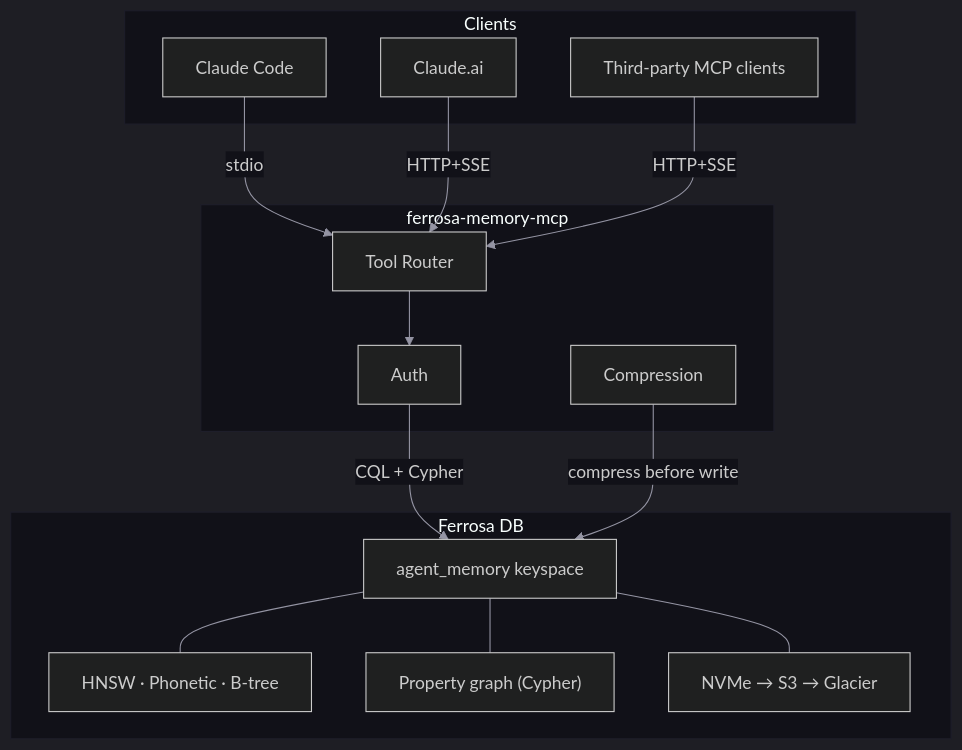
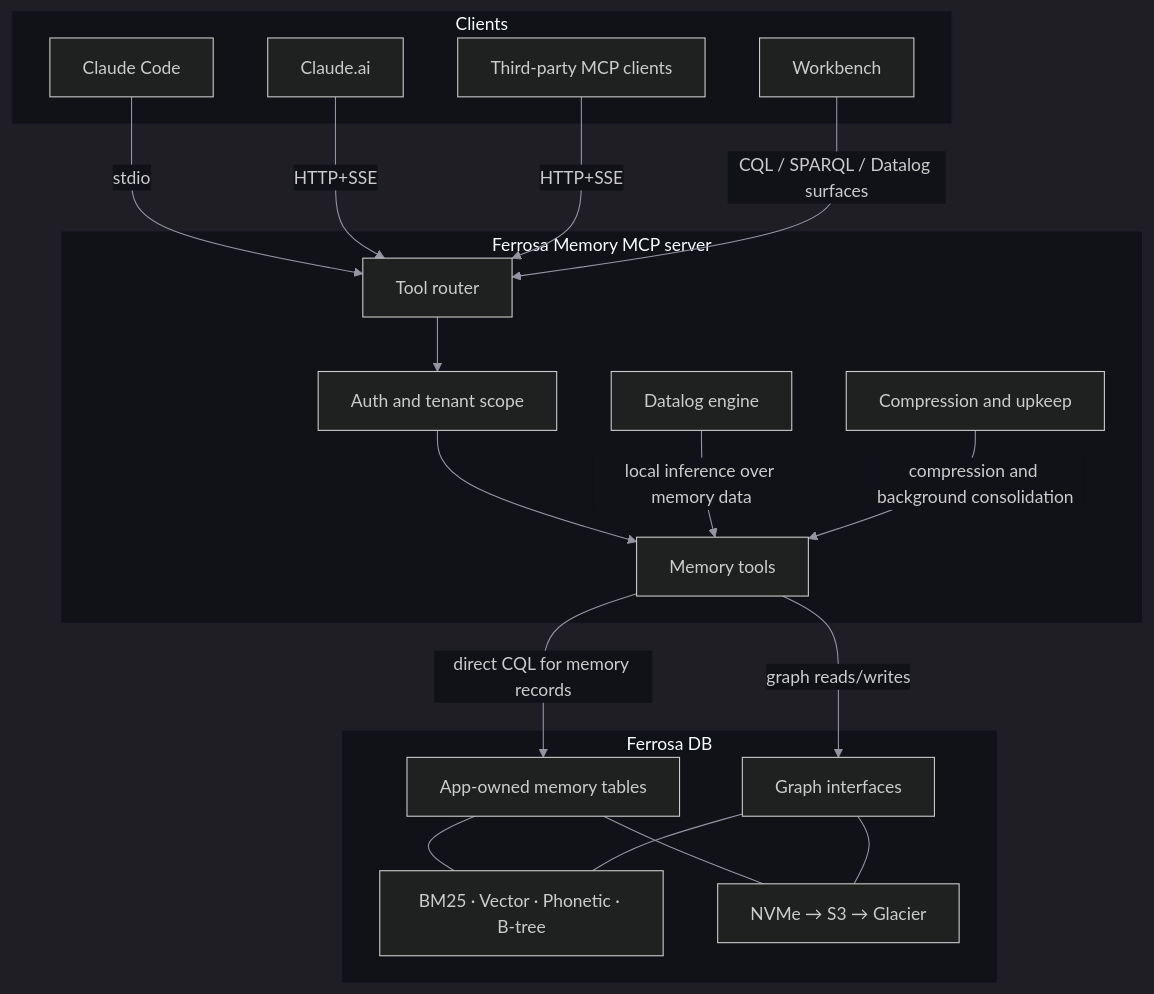
One commit to ferrosadb/ferrosa-memory changed the diagram in README.md. Above: the diagram before and after it, drawn with Mermaid. The commit also changed other lines of this file, not shown here.

Commit message:
docs: reposition Ferrosa Memory README

````diff
--- a/README.md
+++ b/README.md
@@ -23,32 +60,40 @@
 ```mermaid
 %%{init: {'theme':'dark','themeVariables':{'primaryColor':'#16161f','primaryTextColor':'#e8e8ed','primaryBorderColor':'#e2725b','lineColor':'#9494a3','secondaryColor':'#1c1c28','tertiaryColor':'#111118','clusterBkg':'#111118','clusterBorder':'#1e1e2a','edgeLabelBackground':'#111118','nodeTextColor':'#e8e8ed'}}}%%
 graph TD
     subgraph Clients
         CC[Claude Code]
         CA[Claude.ai]
         TP[Third-party MCP clients]
+        WB[Workbench]
     end
 
-    subgraph MCP["ferrosa-memory-mcp"]
-        TR[Tool Router]
-        AT[Auth]
-        CU[Compression]
+    subgraph MCP["Ferrosa Memory MCP server"]
+        TR[Tool router]
+        AT[Auth and tenant scope]
+        MEM[Memory tools]
+        DAT[Datalog engine]
+        CU[Compression and upkeep]
     end
 
     subgraph DB["Ferrosa DB"]
-        KS[agent_memory keyspace]
-        IX["HNSW · Phonetic · B-tree"]
-        GR["Property graph (Cypher)"]
+        APP[App-owned memory tables]
+        IDX["BM25 · Vector · Phonetic · B-tree"]
+        GRAPH["Graph interfaces"]
         ST["NVMe → S3 → Glacier"]
     end
 
     CC -->|stdio| TR
     CA -->|HTTP+SSE| TR
     TP -->|HTTP+SSE| TR
+    WB -->|CQL / SPARQL / Datalog surfaces| TR
     TR --> AT
-    AT -->|CQL + Cypher| KS
-    CU -->|compress before write| KS
-    KS --- IX
-    KS --- GR
-    KS --- ST
+    AT --> MEM
+    MEM -->|direct CQL for memory records| APP
+    MEM -->|graph reads/writes| GRAPH
+    DAT -->|local inference over memory data| MEM
+    CU -->|compression and background consolidation| MEM
+    APP --- IDX
+    GRAPH --- IDX
+    APP --- ST
+    GRAPH --- ST
 ```
````
